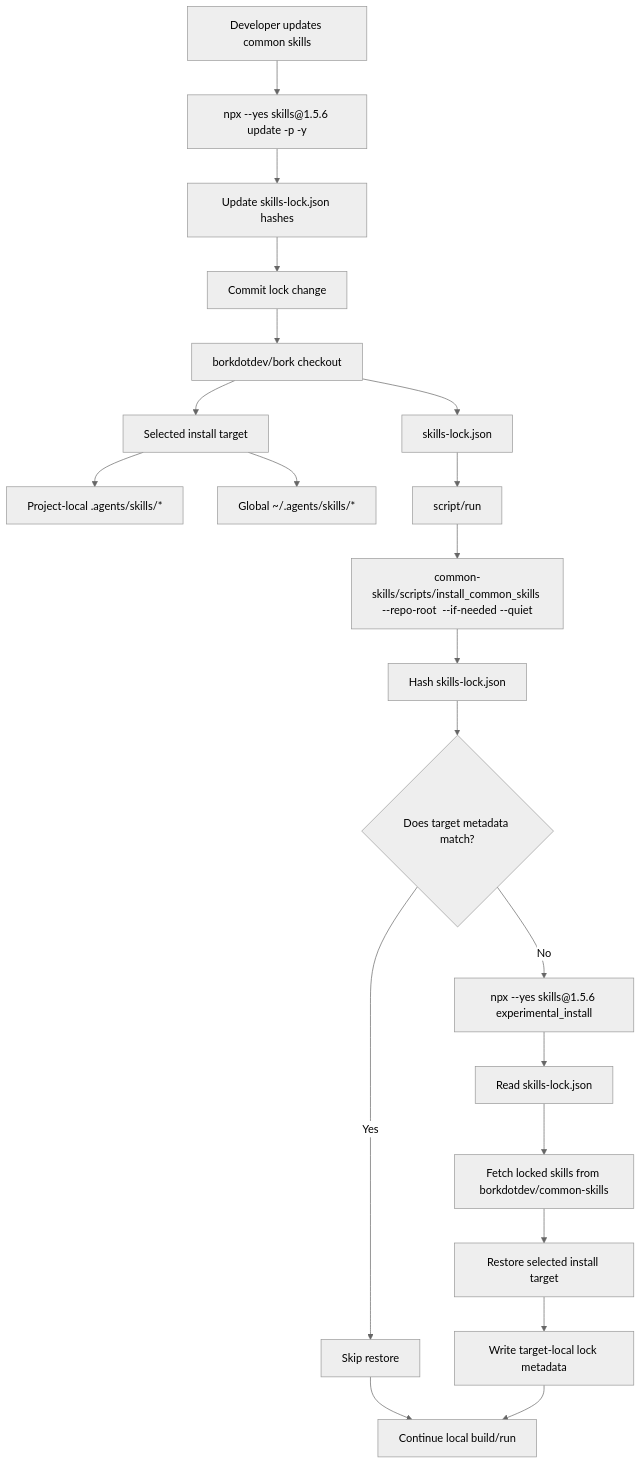
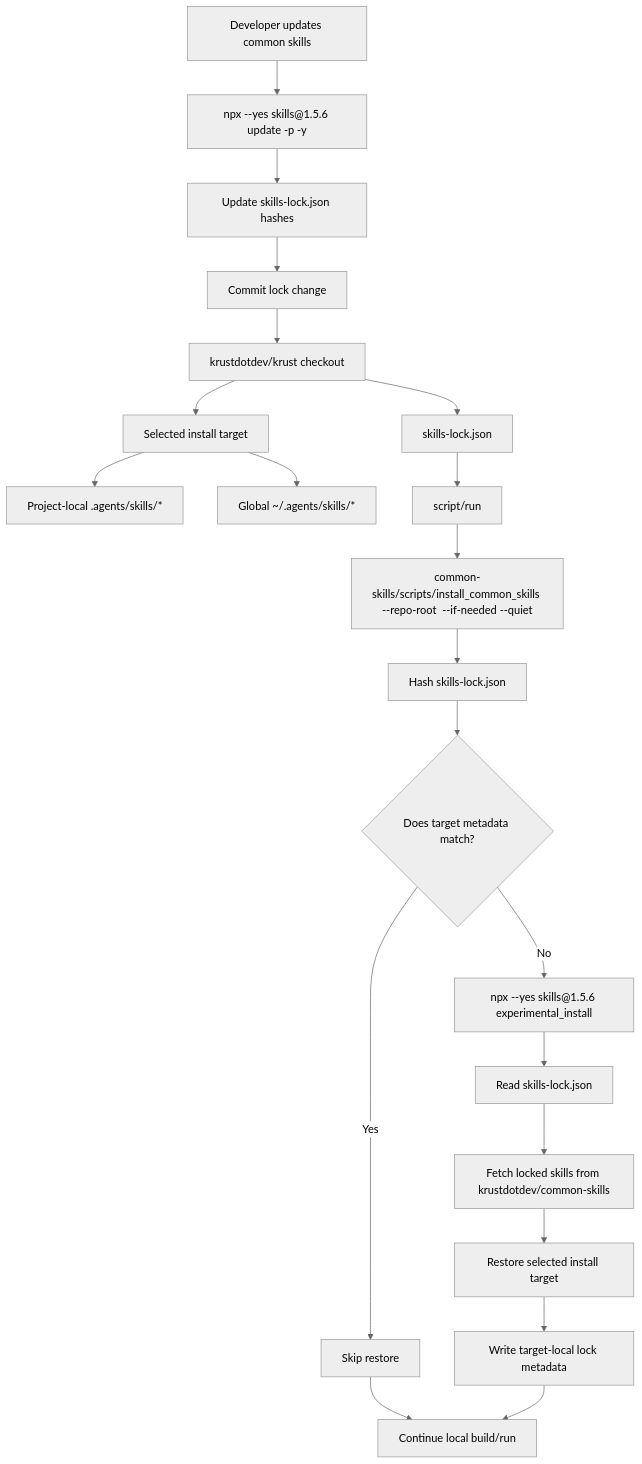
Before and after one commit to antikrust/krust-terminal: the first of 2 diagrams in specs/common-skills-installation/TECH.md, drawn with Mermaid (neutral theme). The commit also changed other lines of this file and 4480 other files, not shown here.

First line of the commit message:
Rebrand Bork -> Krust

````diff
--- a/specs/common-skills-installation/TECH.md
+++ b/specs/common-skills-installation/TECH.md
@@ -14,27 +14,27 @@
 ```mermaid
 flowchart TD
-  A["borkdotdev/bork checkout"] --> B["skills-lock.json"]
+  A["krustdotdev/krust checkout"] --> B["skills-lock.json"]
   A --> C["Selected install target"]
   C --> C1["Project-local .agents/skills/*"]
   C --> C2["Global ~/.agents/skills/*"]
 
   B --> D["script/run"]
-  D --> E["common-skills/scripts/install_common_skills --repo-root <bork-checkout> --if-needed --quiet"]
+  D --> E["common-skills/scripts/install_common_skills --repo-root <krust-checkout> --if-needed --quiet"]
   E --> F["Hash skills-lock.json"]
   F --> G{"Does target metadata match?"}
 
   G -->|Yes| H["Skip restore"]
   H --> I["Continue local build/run"]
 
   G -->|No| J["npx --yes skills@1.5.6 experimental_install"]
   J --> K["Read skills-lock.json"]
-  K --> L["Fetch locked skills from borkdotdev/common-skills"]
+  K --> L["Fetch locked skills from krustdotdev/common-skills"]
   L --> M["Restore selected install target"]
   M --> N["Write target-local lock metadata"]
   N --> I
 
   O["Developer updates common skills"] --> P["npx --yes skills@1.5.6 update -p -y"]
   P --> Q["Update skills-lock.json hashes"]
   Q --> S["Commit lock change"]
   S --> A
 ```
````
